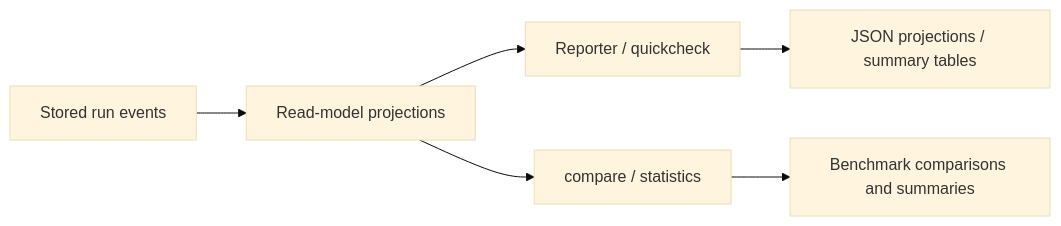
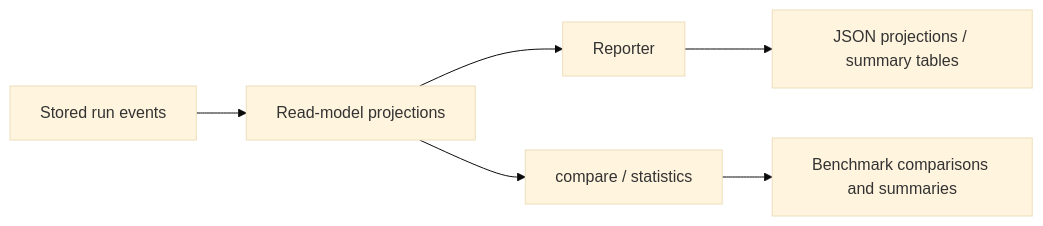
One commit to Pittawat2542/themis changed the diagram in docs/explanation/reporting-and-read-models.md. Above: the diagram before and after it, drawn with Mermaid (base theme). The commit also changed other lines of this file and 26 other files, not shown here.

````diff
--- a/docs/explanation/reporting-and-read-models.md
+++ b/docs/explanation/reporting-and-read-models.md
@@ -20,8 +20,8 @@
 ```mermaid
 flowchart LR
     A["Stored run events"] --> B["Read-model projections"]
-    B --> C["Reporter / quickcheck"]
+    B --> C["Reporter"]
     B --> D["compare / statistics"]
     C --> E["JSON projections / summary tables"]
     D --> F["Benchmark comparisons and summaries"]
 ```
````
